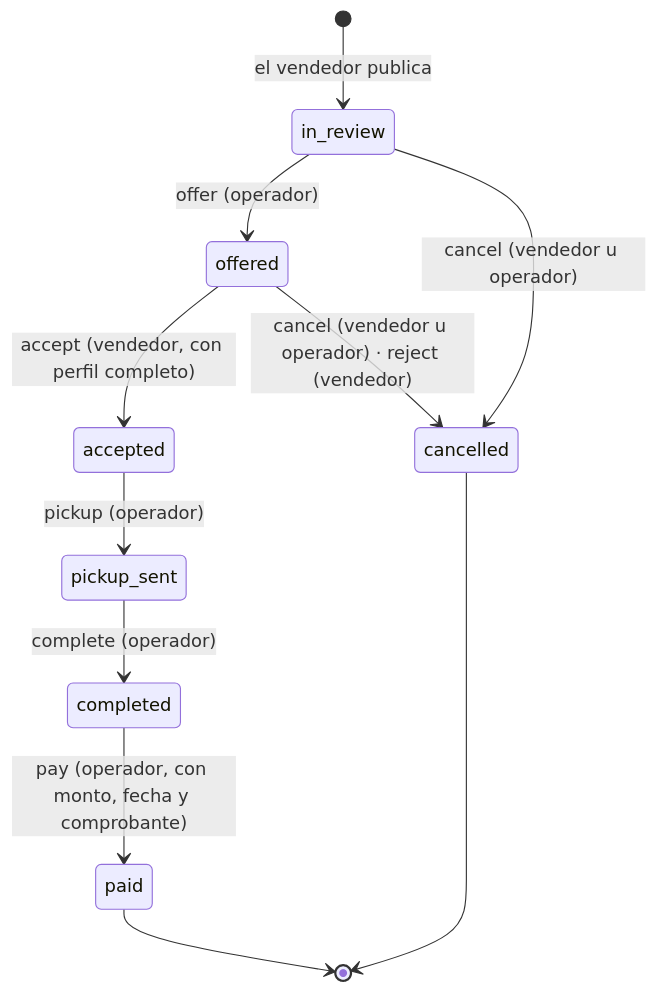
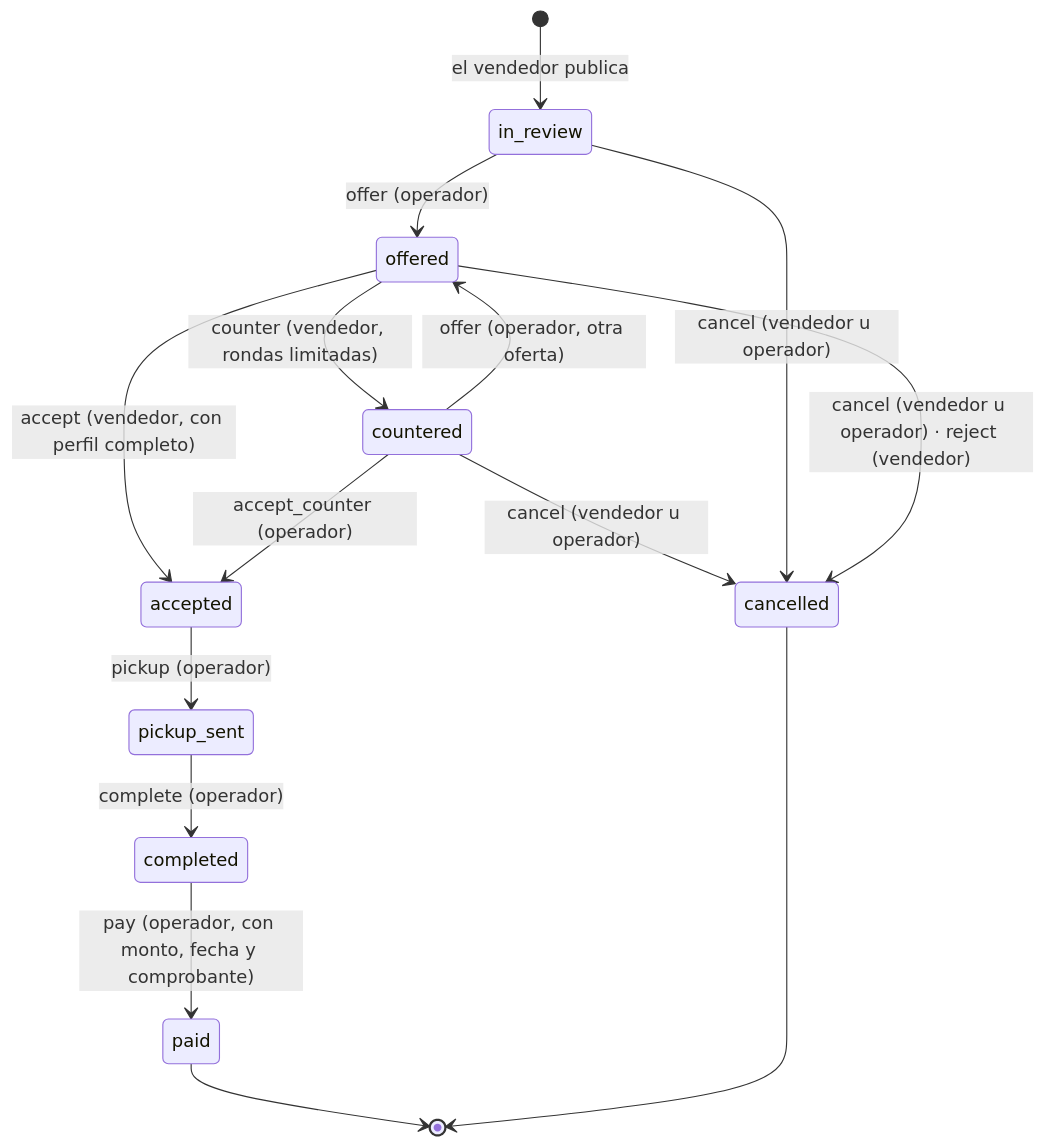
Before and after one commit to soyandresdev/trueke: the second of 2 diagrams in docs/es/arquitectura.md, drawn with Mermaid. The commit also changed 41 other files, not shown here.

````diff
--- a/docs/es/arquitectura.md
+++ b/docs/es/arquitectura.md
@@ -41,13 +41,17 @@
 ```mermaid
 stateDiagram-v2
   [*] --> in_review: el vendedor publica
   in_review --> offered: offer (operador)
   offered --> accepted: accept (vendedor, con perfil completo)
+  offered --> countered: counter (vendedor, rondas limitadas)
+  countered --> accepted: accept_counter (operador)
+  countered --> offered: offer (operador, otra oferta)
+  countered --> cancelled: cancel (vendedor u operador)
   accepted --> pickup_sent: pickup (operador)
   pickup_sent --> completed: complete (operador)
   completed --> paid: pay (operador, con monto, fecha y comprobante)
   in_review --> cancelled: cancel (vendedor u operador)
   offered --> cancelled: cancel (vendedor u operador) · reject (vendedor)
   paid --> [*]
   cancelled --> [*]
 ```
````
